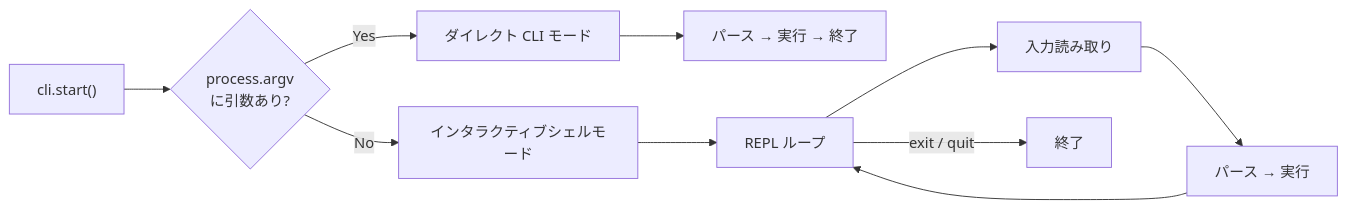
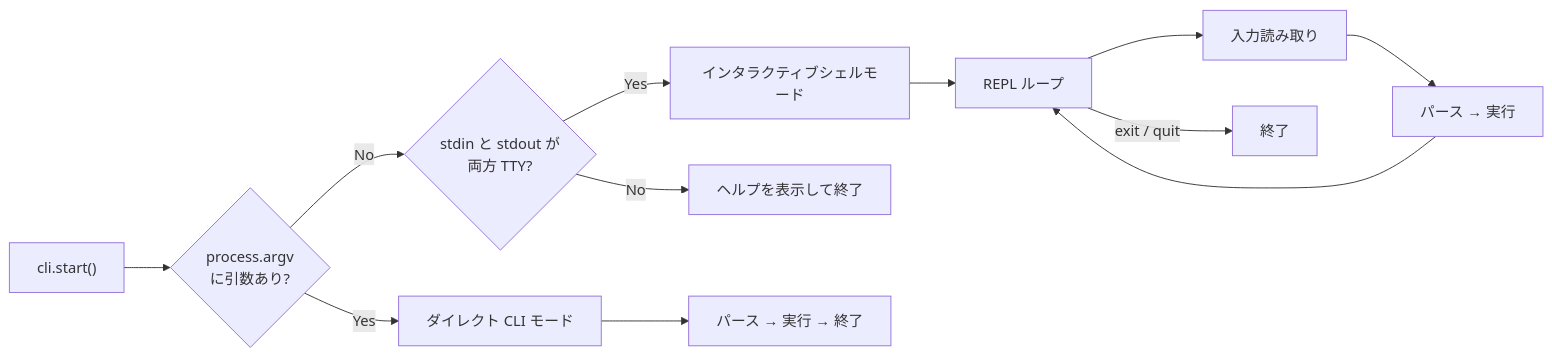
One commit to libraz/node-cli changed the diagram in docs/ja/getting-started.md. Above: the diagram before and after it, drawn with Mermaid. The commit also changed other lines of this file and 16 other files, not shown here.

````diff
--- a/docs/ja/getting-started.md
+++ b/docs/ja/getting-started.md
@@ -59,12 +59,14 @@
 ```mermaid
 flowchart LR
   A["cli.start()"] --> B{"process.argv<br>に引数あり?"}
   B -- Yes --> C["ダイレクト CLI モード"]
-  B -- No --> D["インタラクティブシェルモード"]
+  B -- No --> D{"stdin と stdout が<br>両方 TTY?"}
+  D -- Yes --> F["インタラクティブシェルモード"]
+  D -- No --> J["ヘルプを表示して終了"]
   C --> E["パース → 実行 → 終了"]
-  D --> F["REPL ループ"]
-  F --> G["入力読み取り"]
-  G --> H["パース → 実行"]
-  H --> F
-  F -- "exit / quit" --> I["終了"]
+  F --> G["REPL ループ"]
+  G --> H["入力読み取り"]
+  H --> I["パース → 実行"]
+  I --> G
+  G -- "exit / quit" --> K["終了"]
 ```
````
